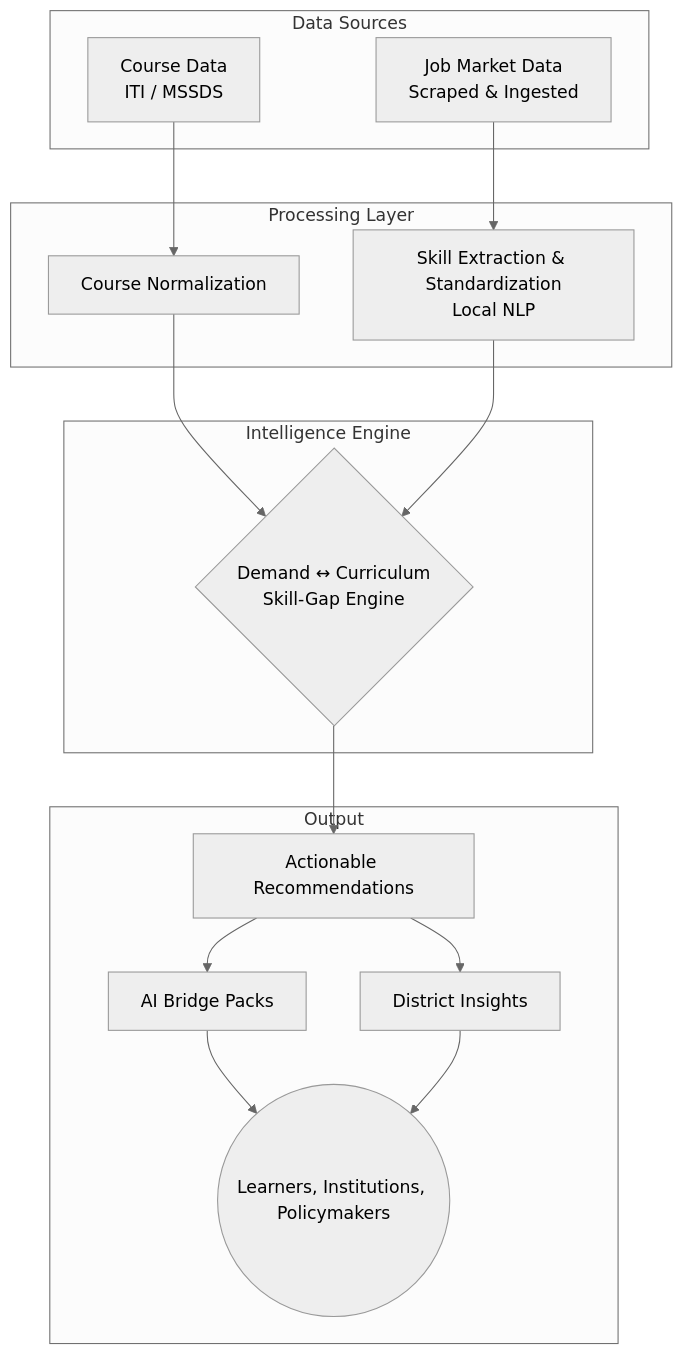
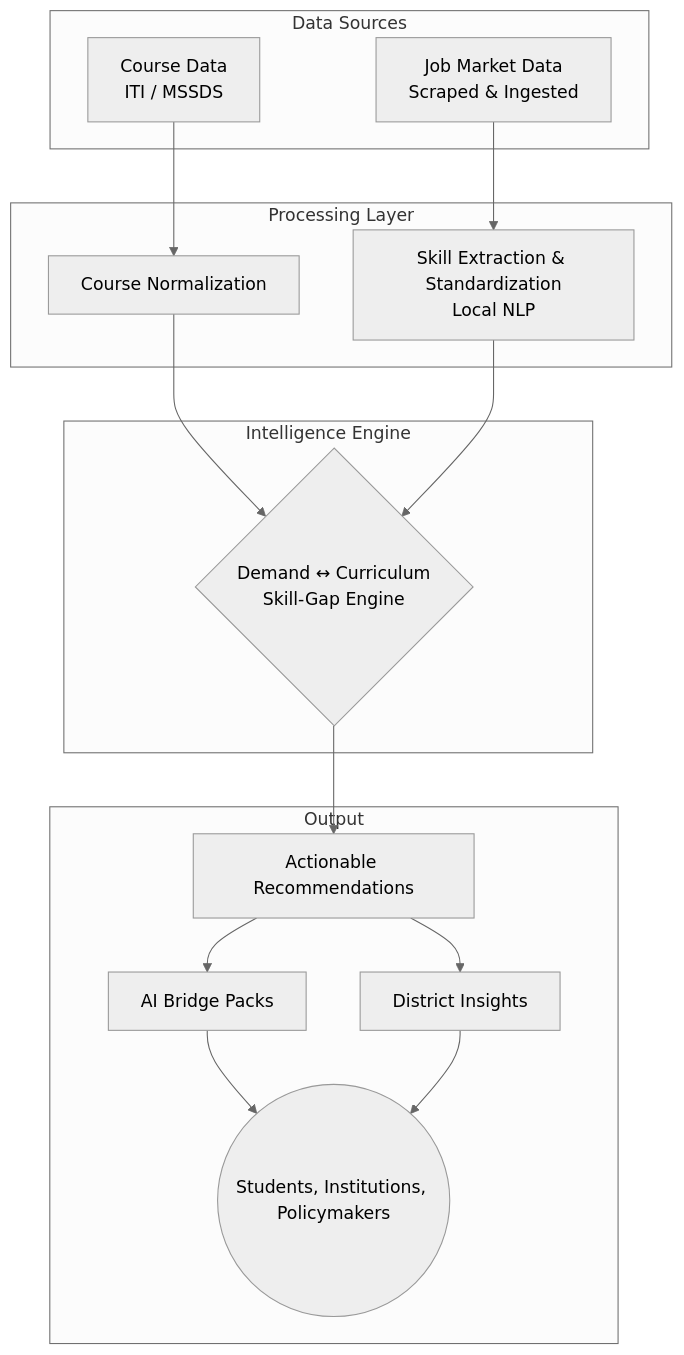
The second of 2 diagrams in README.md (itsSrishant/SKILLX), drawn with Mermaid (neutral theme) before and after one commit. The commit also changed other lines of this file, not shown here.

````diff
--- a/README.md
+++ b/README.md
@@ -115,33 +116,33 @@
 ```mermaid
 flowchart TB
     subgraph Data Sources
     C_DATA["Course Data<br>ITI / MSSDS"]
     J_DATA["Job Market Data<br>Scraped & Ingested"]
     end
 
     subgraph Processing Layer
     NORM["Course Normalization"]
     EXTRACT["Skill Extraction & Standardization<br>Local NLP"]
     end
 
     subgraph Intelligence Engine
     GAP{"Demand ↔ Curriculum<br>Skill-Gap Engine"}
     end
 
     subgraph Output
     REC[Actionable Recommendations]
     BP[AI Bridge Packs]
     DI[District Insights]
-    USERS((Learners, Institutions, Policymakers))
+    USERS((Students, Institutions, Policymakers))
     end
 
     C_DATA --> NORM
     J_DATA --> EXTRACT
     NORM --> GAP
     EXTRACT --> GAP
     GAP --> REC
     REC --> BP
     REC --> DI
     BP --> USERS
     DI --> USERS
 ```
````
